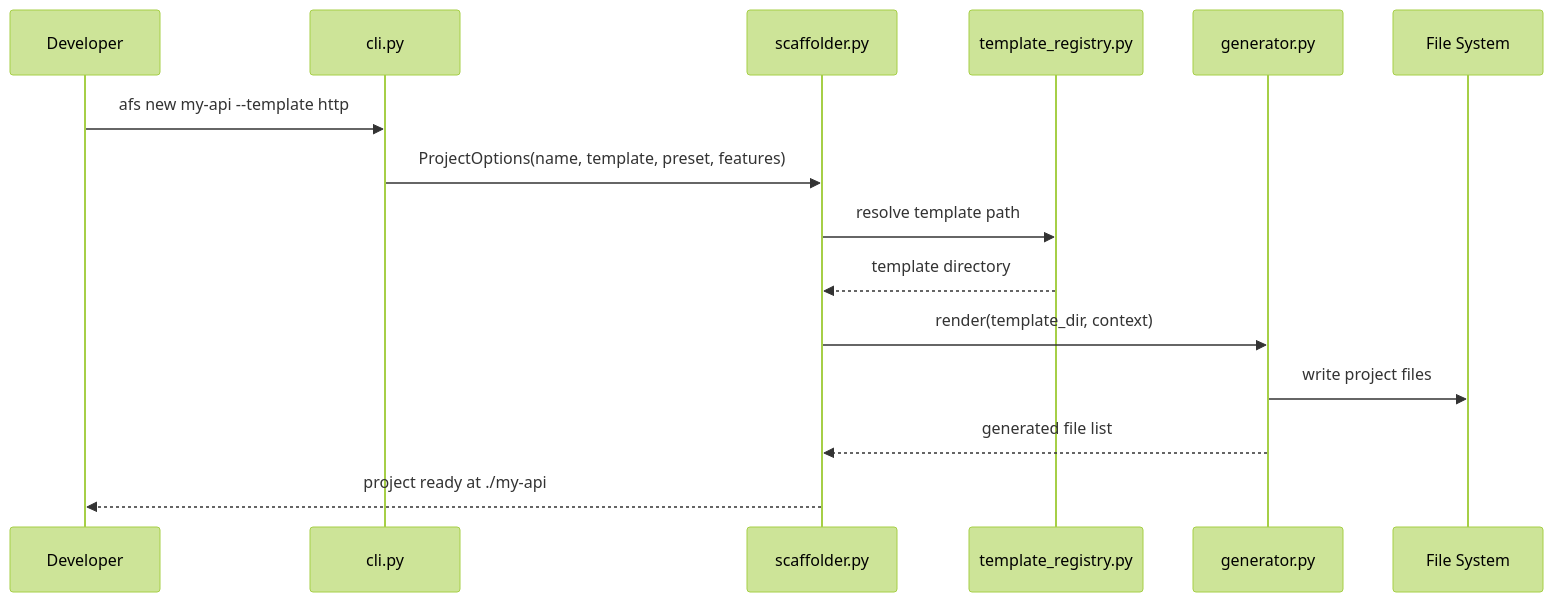
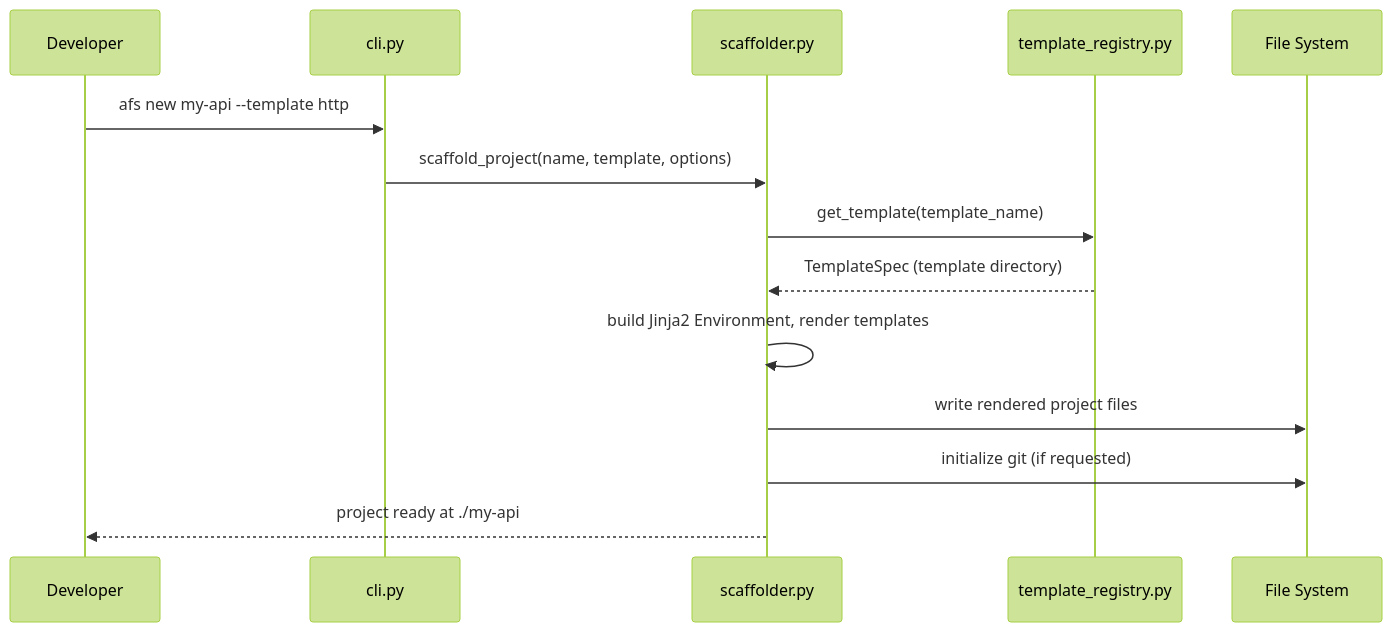
Before and after one commit to yeongseon/azure-functions-scaffold-python: the second of 4 diagrams in docs/reference/architecture.md, drawn with Mermaid (forest theme). The commit also changed other lines of this file, not shown here.

First line of the commit message:
docs: fix stale diagrams in architecture.md

````diff
--- a/docs/reference/architecture.md
+++ b/docs/reference/architecture.md
@@ -118,18 +122,17 @@
 ```mermaid
 sequenceDiagram
     participant Dev as Developer
     participant CLI as cli.py
     participant SC as scaffolder.py
     participant TR as template_registry.py
-    participant GEN as generator.py
     participant FS as File System
 
     Dev->>CLI: afs new my-api --template http
-    CLI->>SC: ProjectOptions(name, template, preset, features)
-    SC->>TR: resolve template path
-    TR-->>SC: template directory
-    SC->>GEN: render(template_dir, context)
-    GEN->>FS: write project files
-    GEN-->>SC: generated file list
+    CLI->>SC: scaffold_project(name, template, options)
+    SC->>TR: get_template(template_name)
+    TR-->>SC: TemplateSpec (template directory)
+    SC->>SC: build Jinja2 Environment, render templates
+    SC->>FS: write rendered project files
+    SC->>FS: initialize git (if requested)
     SC-->>Dev: project ready at ./my-api
 ```
````
